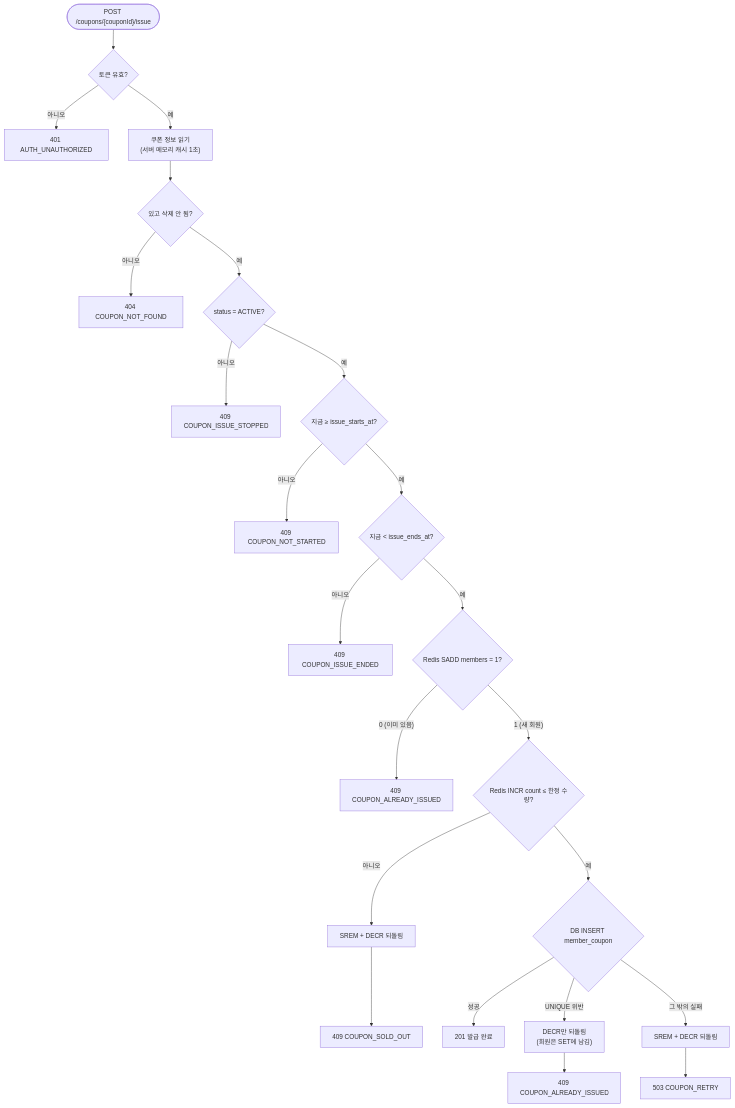
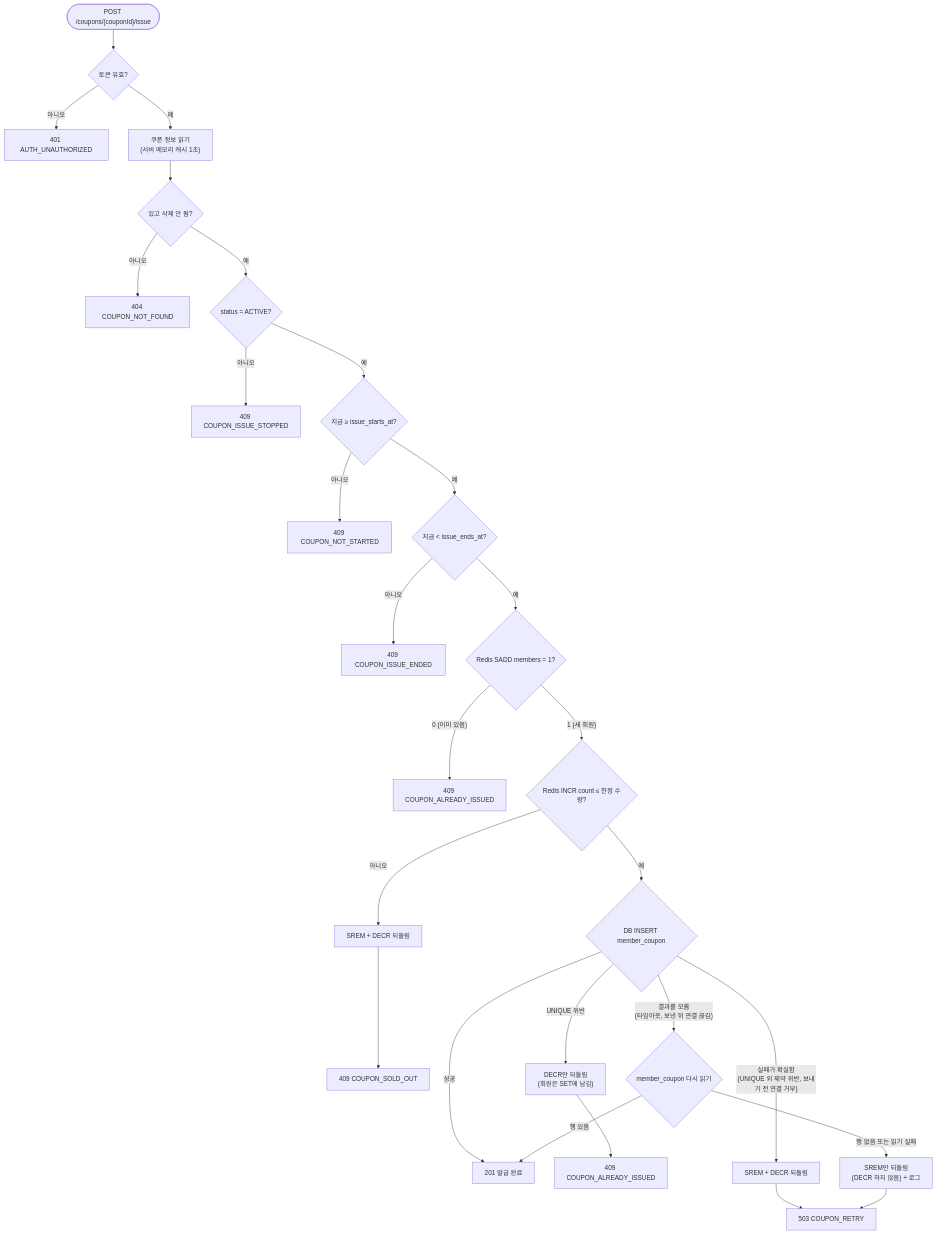
Before and after one commit to KAPUIST/flash-gate: the first of 4 diagrams in docs/features/coupon/flows.md, drawn with Mermaid. The commit also changed other lines of this file and 25 other files, not shown here.

````diff
--- a/docs/features/coupon/flows.md
+++ b/docs/features/coupon/flows.md
@@ -11,22 +11,25 @@
 ```mermaid
 flowchart TD
     start(["POST /coupons/{couponId}/issue"]) --> auth{"토큰 유효?"}
     auth -- 아니오 --> e401["401 AUTH_UNAUTHORIZED"]
     auth -- 예 --> load["쿠폰 정보 읽기<br/>(서버 메모리 캐시 1초)"]
     load --> found{"있고 삭제 안 됨?"}
     found -- 아니오 --> e404["404 COUPON_NOT_FOUND"]
     found -- 예 --> active{"status = ACTIVE?"}
     active -- 아니오 --> eStop["409 COUPON_ISSUE_STOPPED"]
     active -- 예 --> started{"지금 ≥ issue_starts_at?"}
     started -- 아니오 --> eNotStarted["409 COUPON_NOT_STARTED"]
     started -- 예 --> ended{"지금 < issue_ends_at?"}
     ended -- 아니오 --> eEnded["409 COUPON_ISSUE_ENDED"]
     ended -- 예 --> sadd{"Redis SADD members = 1?"}
     sadd -- "0 (이미 있음)" --> eDup["409 COUPON_ALREADY_ISSUED"]
     sadd -- "1 (새 회원)" --> incr{"Redis INCR count ≤ 한정 수량?"}
     incr -- 아니오 --> soldOut["SREM + DECR 되돌림"] --> eSold["409 COUPON_SOLD_OUT"]
     incr -- 예 --> insert{"DB INSERT member_coupon"}
     insert -- 성공 --> ok["201 발급 완료"]
     insert -- "UNIQUE 위반" --> dupDb["DECR만 되돌림<br/>(회원은 SET에 남김)"] --> eDup2["409 COUPON_ALREADY_ISSUED"]
-    insert -- "그 밖의 실패" --> comp["SREM + DECR 되돌림"] --> eRetry["503 COUPON_RETRY"]
+    insert -- "실패가 확실함<br/>(UNIQUE 외 제약 위반, 보내기 전 연결 거부)" --> comp["SREM + DECR 되돌림"] --> eRetry["503 COUPON_RETRY"]
+    insert -- "결과를 모름<br/>(타임아웃, 보낸 뒤 연결 끊김)" --> reread{"member_coupon 다시 읽기"}
+    reread -- "행 있음" --> ok
+    reread -- "행 없음 또는 읽기 실패" --> keep["SREM만 되돌림<br/>(DECR 하지 않음) + 로그"] --> eRetry
 ```
````
